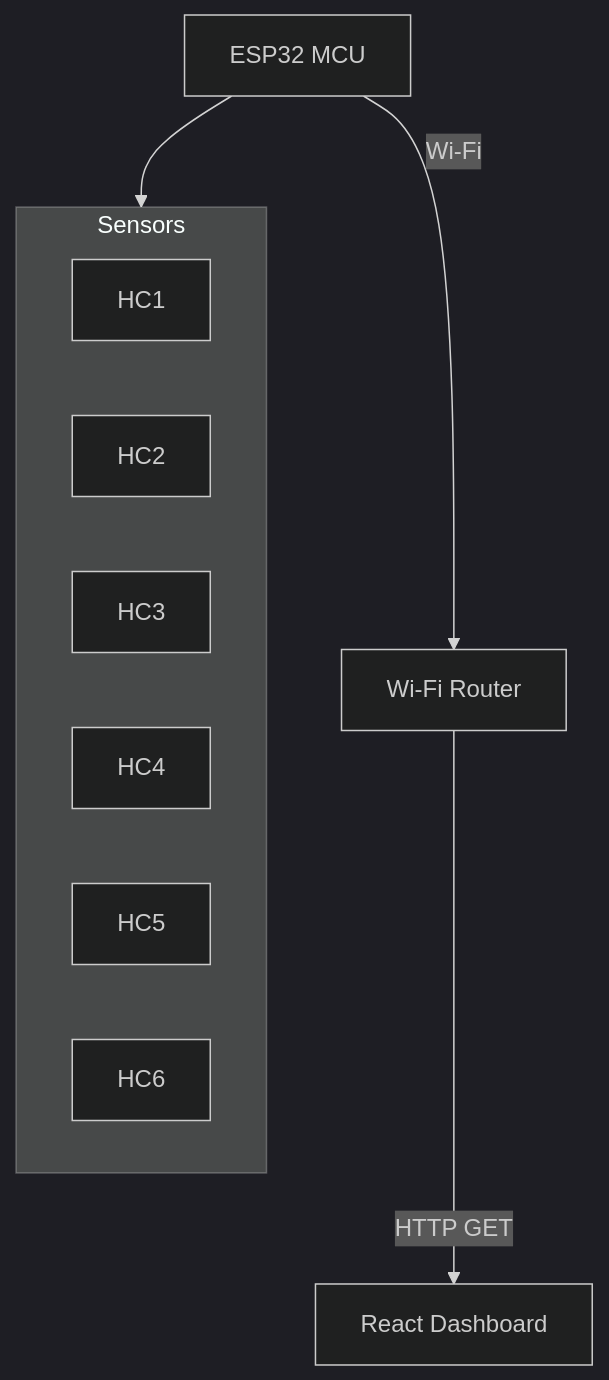
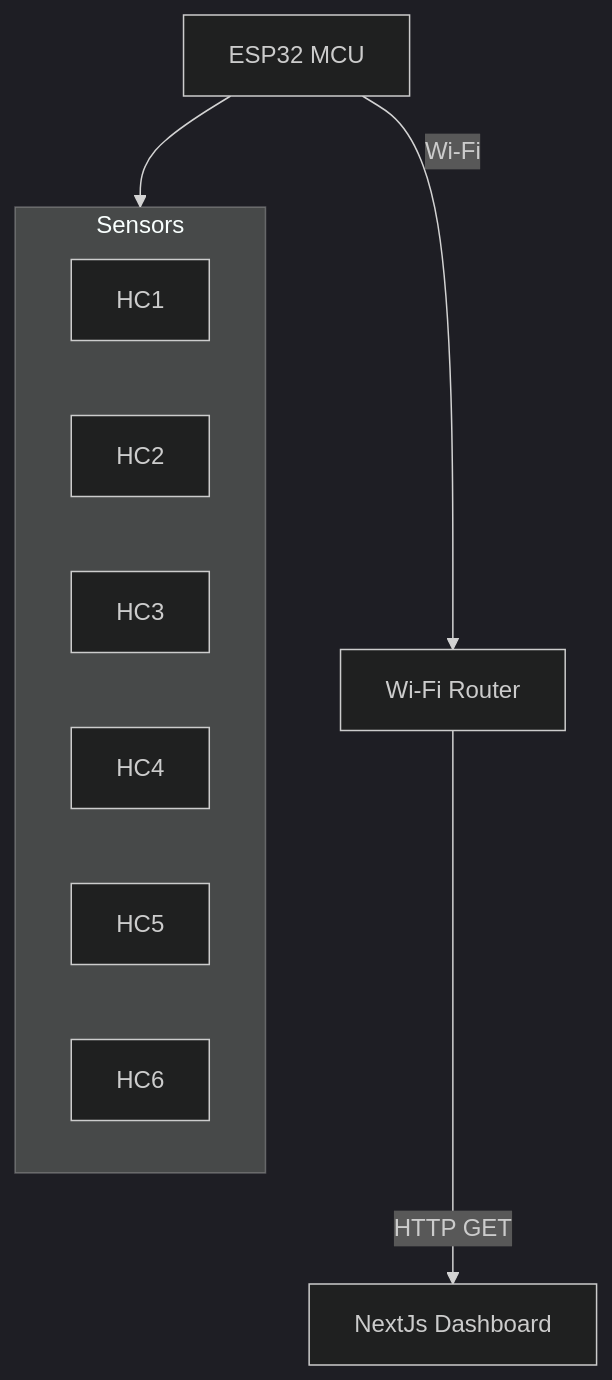
Before and after one commit to Kadacheahmedrami/smart-parking: the second of 2 diagrams in readme.md, drawn with Mermaid (dark theme). The commit also changed other lines of this file and 83 other files, not shown here.

````diff
--- a/readme.md
+++ b/readme.md
@@ -132,10 +132,10 @@
 ```mermaid
 flowchart TD
   ESP32[ESP32 MCU]
   subgraph Sensors
     HC1 & HC2 & HC3 & HC4 & HC5 & HC6
   end
   ESP32 --> Sensors
   ESP32 -->|Wi‑Fi| Router[Wi‑Fi Router]
-  Router -->|HTTP GET| Browser[React Dashboard]
+  Router -->|HTTP GET| Browser[NextJs Dashboard]
 ```
````
